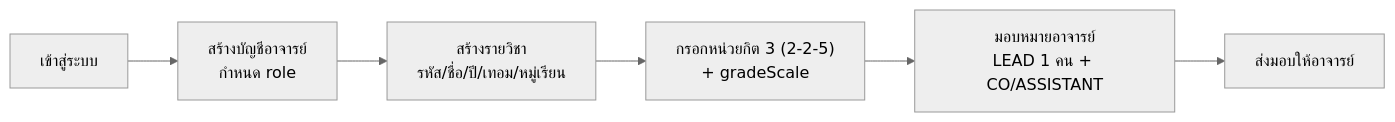
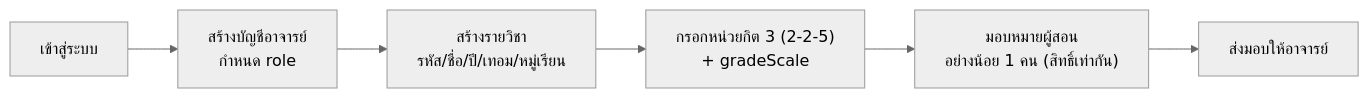
Before and after one commit to SIET-KMITL-INCEPTIO/CMAS-CLO: the second of 6 diagrams in docs/markdown/dev/ux/user-flow.md, drawn with Mermaid (neutral theme). The commit also changed other lines of this file and 37 other files, not shown here.

First line of the commit message:
Refactor UML and ER diagrams for improved accuracy and clarity

````diff
--- a/docs/markdown/dev/ux/user-flow.md
+++ b/docs/markdown/dev/ux/user-flow.md
@@ -129,8 +137,8 @@
 ```mermaid
 flowchart LR
     A1["เข้าสู่ระบบ"] --> A2["สร้างบัญชีอาจารย์<br/>กำหนด role"]
     A2 --> A3["สร้างรายวิชา<br/>รหัส/ชื่อ/ปี/เทอม/หมู่เรียน"]
     A3 --> A4["กรอกหน่วยกิต 3 (2-2-5)<br/>+ gradeScale"]
-    A4 --> A5["มอบหมายอาจารย์<br/>LEAD 1 คน + CO/ASSISTANT"]
+    A4 --> A5["มอบหมายผู้สอน<br/>อย่างน้อย 1 คน (สิทธิ์เท่ากัน)"]
     A5 --> A6["ส่งมอบให้อาจารย์"]
 ```
````
